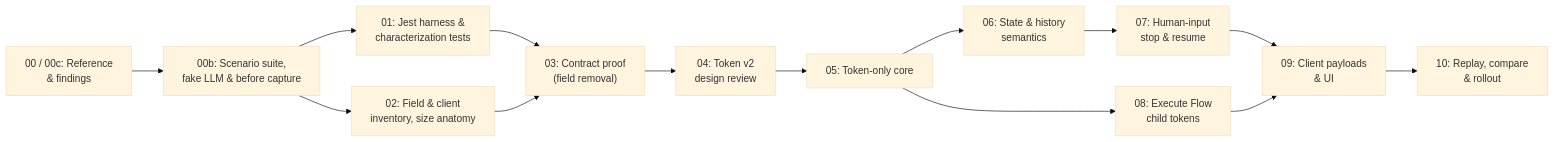
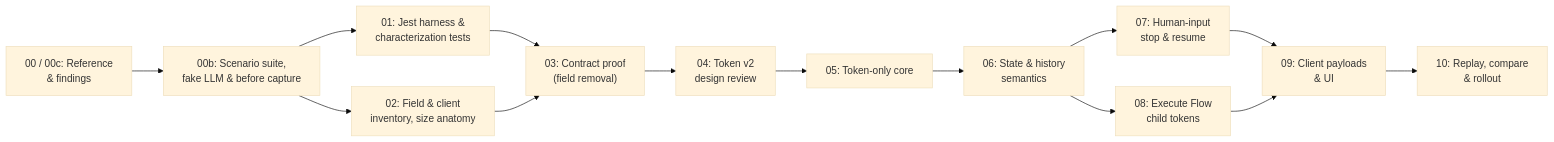
Before and after one commit to 4thOffice/Flowise: the second of 2 diagrams in plans/agentflow-trusted-state/PLAN.md, drawn with Mermaid (base theme). The commit also changed other lines of this file and 3 other files, not shown here.

````diff
--- a/plans/agentflow-trusted-state/PLAN.md
+++ b/plans/agentflow-trusted-state/PLAN.md
@@ -98,16 +98,16 @@
 ```mermaid
 flowchart LR
     T00["00 / 00c: Reference<br/>& findings"] --> T00b["00b: Scenario suite,<br/>fake LLM & before capture"]
     T00b --> T01["01: Jest harness &<br/>characterization tests"]
     T00b --> T02["02: Field & client<br/>inventory, size anatomy"]
     T01 --> T03["03: Contract proof<br/>(field removal)"]
     T02 --> T03
     T03 --> T04["04: Token v2<br/>design review"]
     T04 --> T05["05: Token-only core"]
     T05 --> T06["06: State & history<br/>semantics"]
-    T05 --> T08["08: Execute Flow<br/>child tokens"]
+    T06 --> T08["08: Execute Flow<br/>child tokens"]
     T06 --> T07["07: Human-input<br/>stop & resume"]
     T07 --> T09["09: Client payloads<br/>& UI"]
     T08 --> T09
     T09 --> T10["10: Replay, compare<br/>& rollout"]
 ```
````
